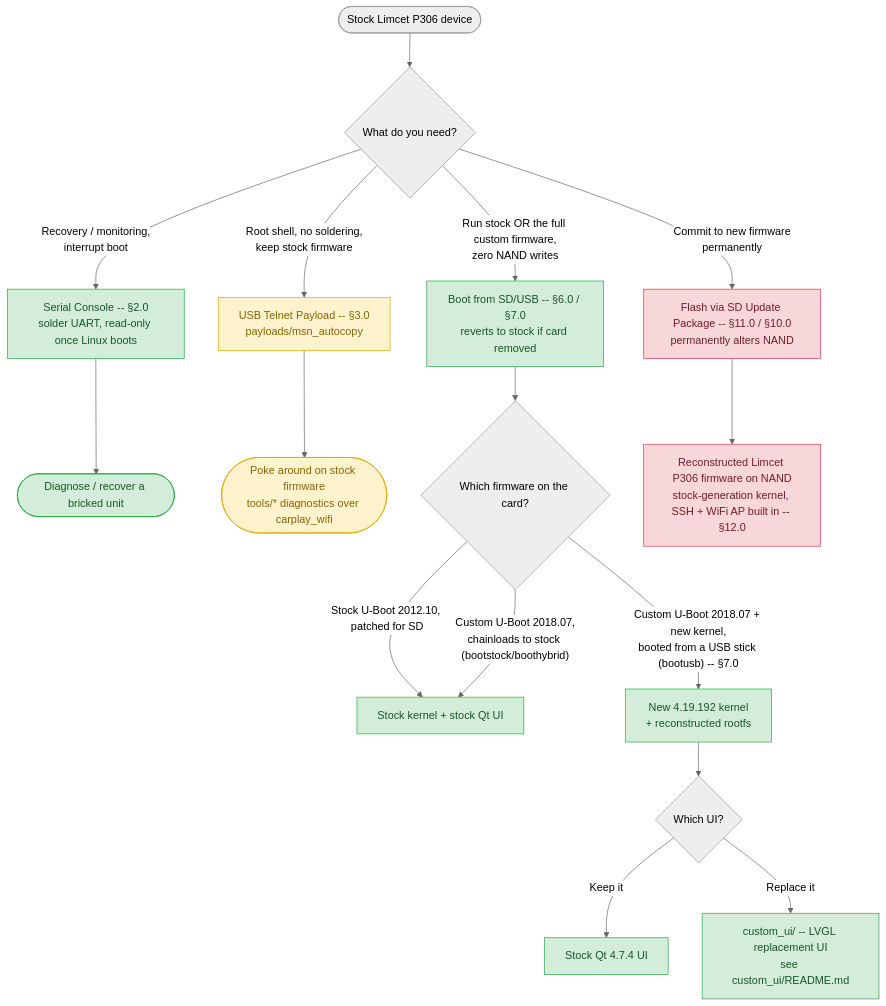
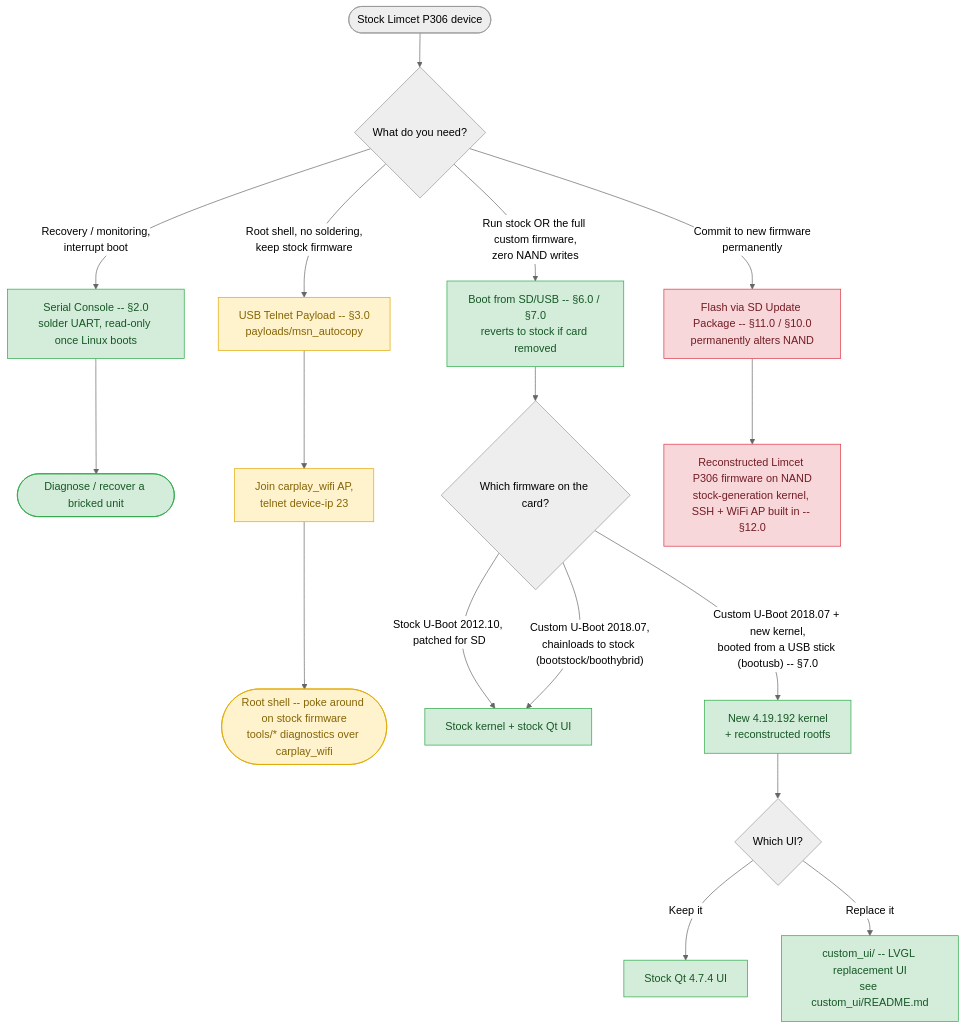
One commit to yogihybo/Limcet-P305-Box-Android-Auto-Carplay changed the diagram in README.md. Above: the diagram before and after it, drawn with Mermaid (neutral theme).

Commit message:
docs: add missing connect step to the USB Telnet Payload flowchart branch
The flowchart jumped straight from "deploy the payload" to "poke
around" without showing how you actually reach the shell -- join
carplay_wifi, then telnet in. Adds that as its own node between them.

````diff
--- a/README.md
+++ b/README.md
@@ -11,30 +11,31 @@
 ```mermaid
 flowchart TD
     Start(["Stock Limcet P306 device"]) --> Q1{"What do you need?"}
 
     Q1 -->|"Recovery / monitoring,<br/>interrupt boot"| Serial["Serial Console -- §2.0<br/>solder UART, read-only once Linux boots"]
     Q1 -->|"Root shell, no soldering,<br/>keep stock firmware"| Telnet["USB Telnet Payload -- §3.0<br/>payloads/msn_autocopy"]
     Q1 -->|"Run stock OR the full custom firmware,<br/>zero NAND writes"| SDBoot["Boot from SD/USB -- §6.0 / §7.0<br/>reverts to stock if card removed"]
     Q1 -->|"Commit to new firmware<br/>permanently"| Flash["Flash via SD Update Package -- §11.0 / §10.0<br/>permanently alters NAND"]
 
     Serial --> Diagnose(["Diagnose / recover a bricked unit"])
-    Telnet --> Poke(["Poke around on stock firmware<br/>tools/* diagnostics over carplay_wifi"])
+    Telnet --> Connect["Join carplay_wifi AP,<br/>telnet device-ip 23"]
+    Connect --> Poke(["Root shell -- poke around on stock firmware<br/>tools/* diagnostics over carplay_wifi"])
 
     SDBoot --> Q2{"Which firmware on the card?"}
     Q2 -->|"Stock U-Boot 2012.10, patched for SD"| StockPath["Stock kernel + stock Qt UI"]
     Q2 -->|"Custom U-Boot 2018.07,<br/>chainloads to stock (bootstock/boothybrid)"| StockPath
     Q2 -->|"Custom U-Boot 2018.07 + new kernel,<br/>booted from a USB stick (bootusb) -- §7.0"| NewKernel["New 4.19.192 kernel<br/>+ reconstructed rootfs"]
 
     Flash --> Recon["Reconstructed Limcet P306 firmware on NAND<br/>stock-generation kernel, SSH + WiFi AP built in -- §12.0"]
 
     NewKernel --> Q3{"Which UI?"}
     Q3 -->|"Keep it"| StockUI["Stock Qt 4.7.4 UI"]
     Q3 -->|"Replace it"| CustomUI["custom_ui/ -- LVGL replacement UI<br/>see custom_ui/README.md"]
 
     classDef lowrisk fill:#d4edda,stroke:#28a745,color:#155724
     classDef medrisk fill:#fff3cd,stroke:#e0a800,color:#856404
     classDef highrisk fill:#f8d7da,stroke:#dc3545,color:#721c24
     class Serial,SDBoot,Diagnose,StockPath,StockUI,NewKernel,CustomUI lowrisk
-    class Telnet,Poke medrisk
+    class Telnet,Connect,Poke medrisk
     class Flash,Recon highrisk
 ```
````
